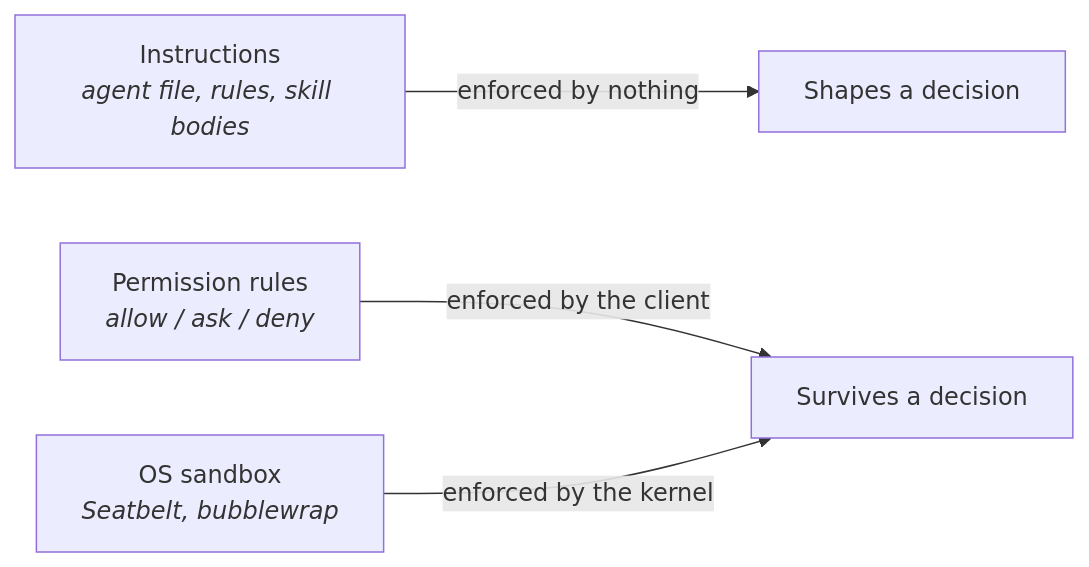
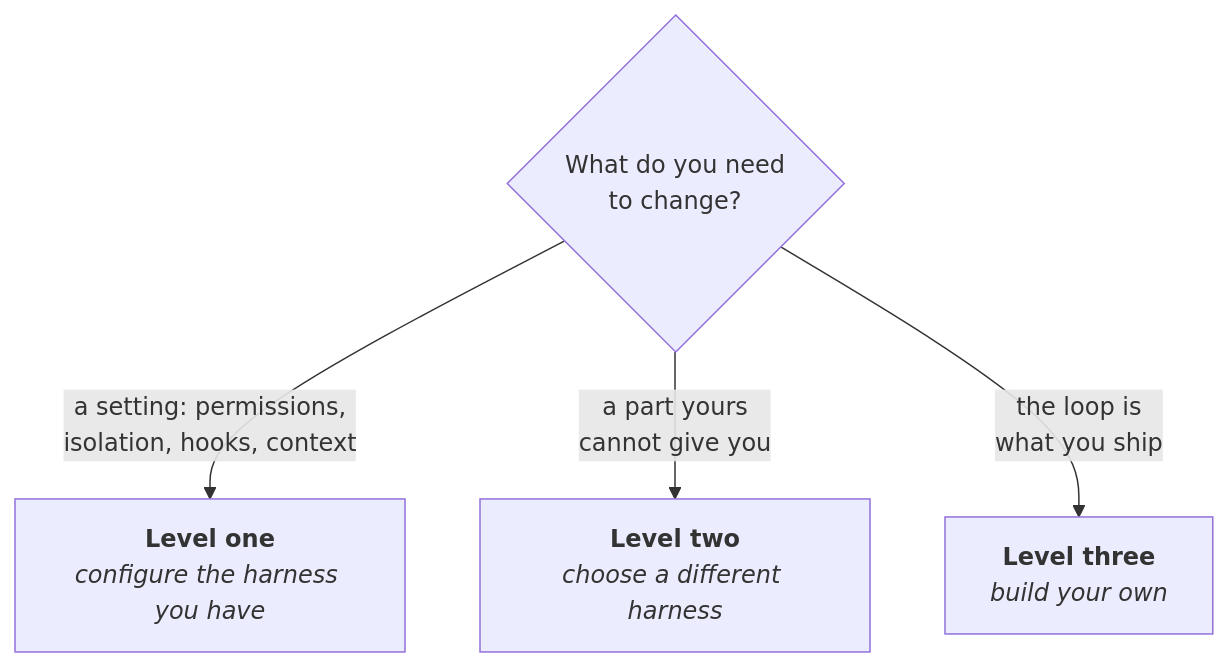
Before and after one commit to epatel/agentic-playbook: the diagram in book/part-2-plays/harness/choose-your-harness.md, drawn with Mermaid. The commit also changed other lines of this file and 11 other files, not shown here.

````diff
--- a/book/part-2-plays/harness/choose-your-harness.md
+++ b/book/part-2-plays/harness/choose-your-harness.md
@@ -42,6 +23,7 @@
 ```mermaid
-graph LR
-    A["Instructions<br/><i>agent file, rules, skill bodies</i>"] -->|"enforced by nothing"| M["Shapes a decision"]
-    B["Permission rules<br/><i>allow / ask / deny</i>"] -->|"enforced by the client"| C["Survives a decision"]
-    D["OS sandbox<br/><i>Seatbelt, bubblewrap</i>"] -->|"enforced by the kernel"| C
+graph TD
+    Q{"What do you need<br/>to change?"}
+    Q -->|"a setting: permissions,<br/>isolation, hooks, context"| L1["<b>Level one</b><br/><i>configure the harness you have</i>"]
+    Q -->|"a part yours<br/>cannot give you"| L2["<b>Level two</b><br/><i>choose a different harness</i>"]
+    Q -->|"the loop is<br/>what you ship"| L3["<b>Level three</b><br/><i>build your own</i>"]
 ```
````
